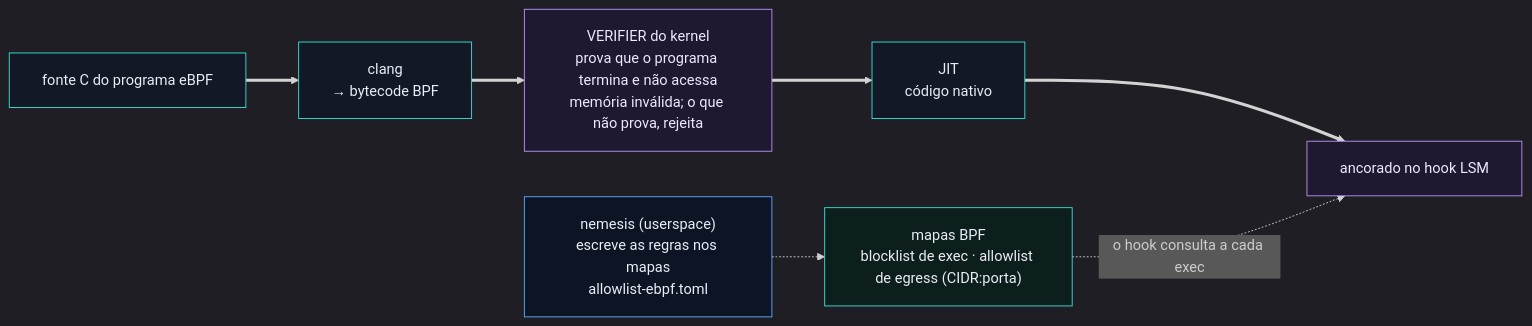
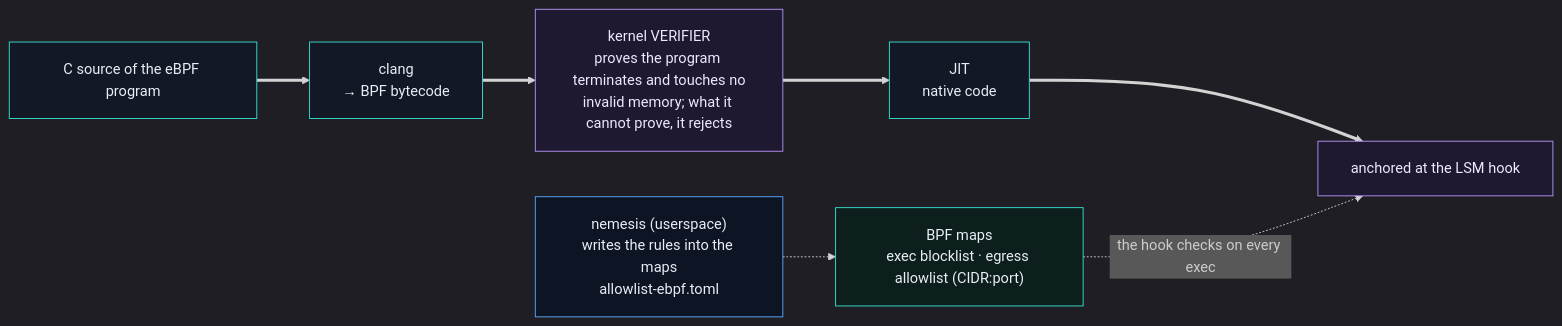
Before and after one commit to feryamaha/Nemesis_Defender_v0: the diagram in onboarding/diagramas/2b-verifier-mapas.mmd, drawn with Mermaid. The commit also changed 67 other files, not shown here.

```diff
--- a/onboarding/diagramas/2b-verifier-mapas.mmd
+++ b/onboarding/diagramas/2b-verifier-mapas.mmd
@@ -1,17 +1,17 @@
 %%{init: {"theme":"dark", "flowchart": {"htmlLabels": true, "curve": "basis", "padding": 18, "nodeSpacing": 50, "rankSpacing": 58}}}%%
 flowchart LR
-SRC["fonte C do programa eBPF"] ==> CL["clang<br/>→ bytecode BPF"]
-CL ==> V["VERIFIER do kernel<br/>prova que o programa termina e não acessa<br/>memória inválida; o que não prova, rejeita"]
-V ==> J["JIT<br/>código nativo"]
-J ==> L["ancorado no hook LSM"]
-US["nemesis (userspace)<br/>escreve as regras nos mapas<br/>allowlist-ebpf.toml"] -.-> M["mapas BPF<br/>blocklist de exec · allowlist de egress (CIDR:porta)"]
-M -.->|"o hook consulta a cada exec"| L
+SRC["C source of the eBPF program"] ==> CL["clang<br/>→ BPF bytecode"]
+CL ==> V["kernel VERIFIER<br/>proves the program terminates and touches no<br/>invalid memory; what it cannot prove, it rejects"]
+V ==> J["JIT<br/>native code"]
+J ==> L["anchored at the LSM hook"]
+US["nemesis (userspace)<br/>writes the rules into the maps<br/>allowlist-ebpf.toml"] -.-> M["BPF maps<br/>exec blocklist · egress allowlist (CIDR:port)"]
+M -.->|"the hook checks on every exec"| L
 
 classDef step fill:#121826,stroke:#38e1d3,color:#e8edf6;
 classDef kern fill:#1e1830,stroke:#b794f6,color:#efe6ff;
 classDef ag fill:#0d1424,stroke:#5aa9ff,color:#e8edf6;
 classDef mot fill:#0d1f1d,stroke:#38e1d3,color:#e8edf6;
 class SRC,CL,J step;
 class V,L kern;
 class US ag;
 class M mot;
```
